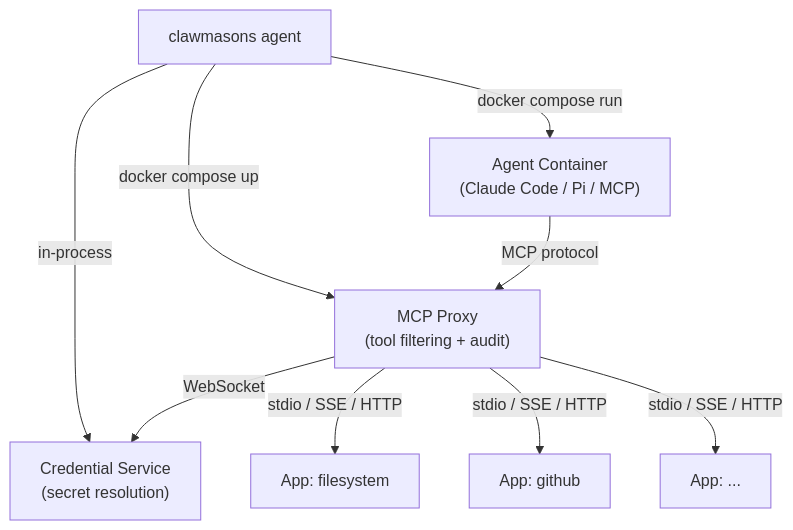
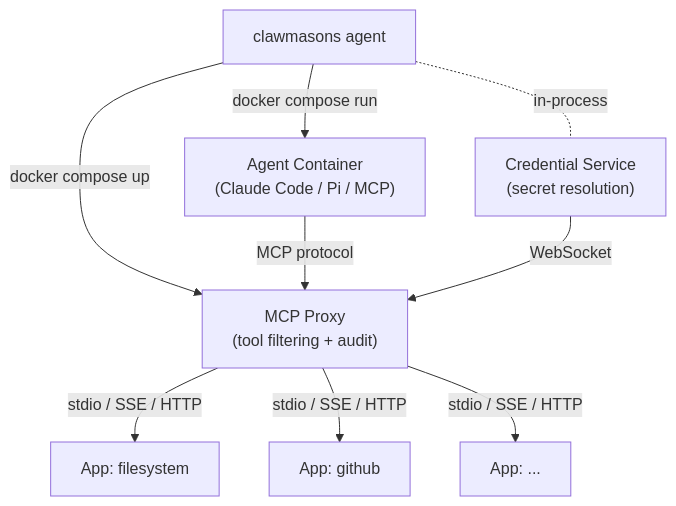
One commit to clawmasons/mason changed the first of 5 diagrams in docs/architecture.md. Above: the diagram before and after it, drawn with Mermaid. The commit also changed other lines of this file and 7 other files, not shown here.

````diff
--- a/docs/architecture.md
+++ b/docs/architecture.md
@@ -12,13 +12,13 @@
 ```mermaid
 graph TB
     CLI["clawmasons agent"]
     CLI -->|docker compose up| Proxy["MCP Proxy<br/>(tool filtering + audit)"]
     CLI -->|docker compose run| Agent["Agent Container<br/>(Claude Code / Pi / MCP)"]
-    CLI -->|in-process| CredSvc["Credential Service<br/>(secret resolution)"]
+    CLI -.-|in-process| CredSvc["Credential Service<br/>(secret resolution)"]
 
     Agent -->|MCP protocol| Proxy
-    Proxy -->|WebSocket| CredSvc
+    CredSvc -->|WebSocket| Proxy
     Proxy -->|stdio / SSE / HTTP| App1["App: filesystem"]
     Proxy -->|stdio / SSE / HTTP| App2["App: github"]
     Proxy -->|stdio / SSE / HTTP| AppN["App: ..."]
 ```
````
